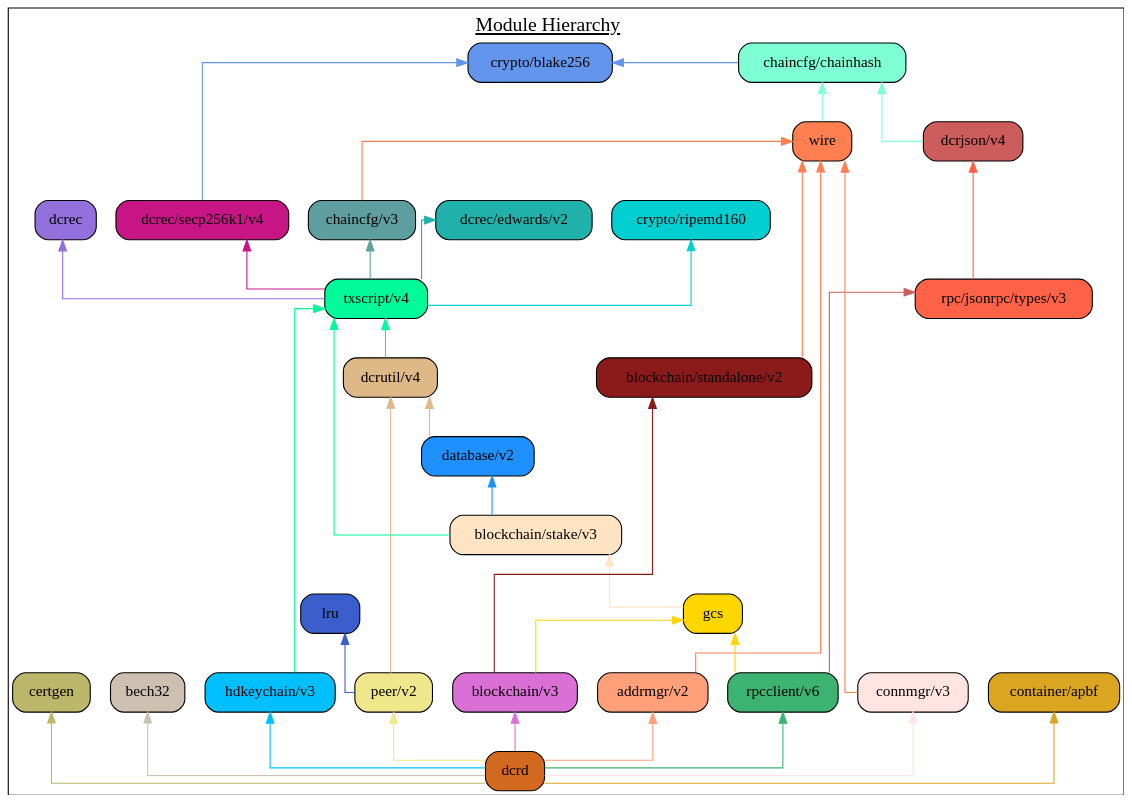
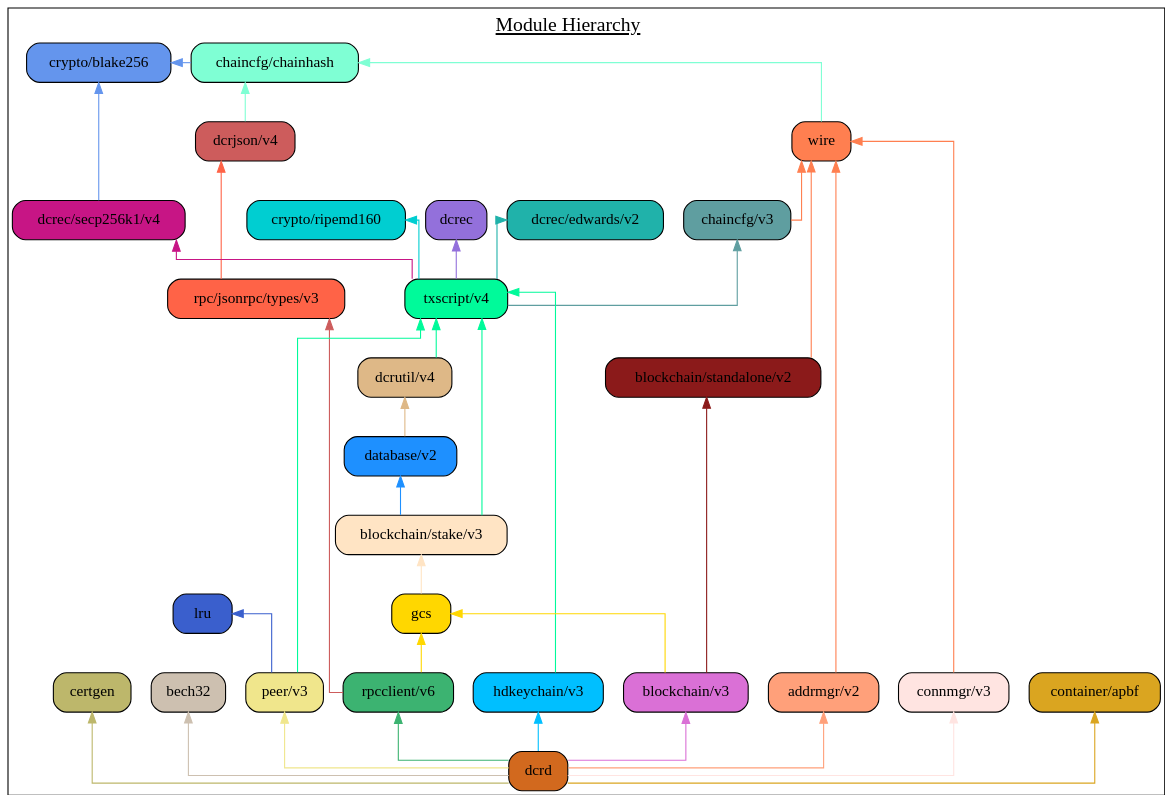
The diagram in docs/assets/module_hierarchy.gv (decred/dcrd), drawn with Graphviz before and after one commit. The commit also changed 2 other files, not shown here.

Commit message:
docs: Update for peer v3 module.
This updates the docs/README.md file, module hierarchy graphviz, and
module hierarchy diagram to reflect the new module version.

```diff
--- a/docs/assets/module_hierarchy.gv
+++ b/docs/assets/module_hierarchy.gv
@@ -1,76 +1,76 @@
 digraph {
 	graph [splines=ortho colorscheme=svg label=<<u>Module Hierarchy</u>> labelloc=t fontsize=18.0]
 	node [shape=box style="filled, rounded"]
 
 	blake256 [label="crypto/blake256" fillcolor=cornflowerblue]
 	ripemd160 [label="crypto/ripemd160" fillcolor=darkturquoise]
 	certgen [label="certgen" fillcolor=darkkhaki]
 	bech32 [label="bech32" fillcolor=antiquewhite3]
 	chainhash [label="chaincfg/chainhash" fillcolor=aquamarine]
 	dcrjson [label="dcrjson/v4" fillcolor=indianred]
 	types [label="rpc/jsonrpc/types/v3" fillcolor=tomato]
 	wire [label="wire" fillcolor=coral]
 	addrmgr [label="addrmgr/v2" fillcolor=lightsalmon]
 	chaincfg [label="chaincfg/v3" fillcolor=cadetblue]
 	connmgr [label="connmgr/v3" fillcolor=mistyrose]
 	dcrec [label="dcrec" fillcolor=mediumpurple]
 	edwards [label="dcrec/edwards/v2" fillcolor=lightseagreen]
 	secp256k1 [label="dcrec/secp256k1/v4" fillcolor=mediumvioletred]
 	dcrutil [label="dcrutil/v4" fillcolor=burlywood]
 	database [label="database/v2" fillcolor=dodgerblue]
 	hdkeychain [label="hdkeychain/v3" fillcolor=deepskyblue]
 	txscript [label="txscript/v4" fillcolor=mediumspringgreen]
 	stake [label="blockchain/stake/v3" fillcolor=bisque]
 	standalone [label="blockchain/standalone/v2" fillcolor=firebrick4]
 	gcs [label="gcs" fillcolor=gold]
 	blockchain [label="blockchain/v3" fillcolor=orchid]
 	lru [label="lru" fillcolor=royalblue3]
-	peer [label="peer/v2" fillcolor=khaki]
+	peer [label="peer/v3" fillcolor=khaki]
 	rpcclient [label="rpcclient/v6" fillcolor=mediumseagreen]
 	apbf [label="container/apbf" fillcolor=goldenrod]
 	dcrd [label="dcrd" fillcolor=chocolate]
 
 	{rank=same blake256 chainhash}
 	{rank=same dcrec secp256k1}
 	{rank=same connmgr addrmgr hdkeychain peer blockchain rpcclient}
 
 	certgen
 	bech32
 	blake256 -> chainhash [dir=back color=cornflowerblue]
 	blake256 -> secp256k1 [dir=back color=cornflowerblue]
 	chaincfg -> txscript [dir=back color=cadetblue]
 	chainhash -> dcrjson [dir=back color=aquamarine]
 	chainhash -> wire [dir=back color=aquamarine]
 	wire -> addrmgr [dir=back color=coral]
 	wire -> chaincfg [dir=back color=coral]
 	wire -> connmgr [dir=back color=coral]
 	wire -> standalone [dir=back color=coral]
 	ripemd160 -> txscript [dir=back color=darkturquoise]
 	dcrec -> txscript [dir=back color=mediumpurple]
 	edwards -> txscript [dir=back color=lightseagreen]
 	secp256k1 -> txscript [dir=back color=mediumvioletred]
 	txscript -> dcrutil [dir=back color=mediumspringgreen]
 	txscript -> hdkeychain [dir=back color=mediumspringgreen]
 	txscript -> stake [dir=back color=mediumspringgreen]
-	dcrutil -> peer [dir=back color=burlywood]
+	txscript -> peer [dir=back color=mediumspringgreen]
 	dcrutil -> database [dir=back color=burlywood]
 	database -> stake [dir=back color=dodgerblue]
 	stake -> gcs [dir=back color=bisque]
 	standalone -> blockchain [dir=back color=firebrick4]
 	gcs -> blockchain [dir=back color=gold]
 	gcs -> rpcclient [dir=back color=gold]
 
 	lru -> peer [dir=back color=royalblue3]
 	dcrjson -> types [dir=back color=tomato]
 	types -> rpcclient [dir=back color=indianred]
 
 	blockchain -> dcrd [dir=back color=orchid]
 	certgen -> dcrd [dir=back color=darkkhaki]
 	bech32 -> dcrd [dir=back color=antiquewhite3]
 	addrmgr -> dcrd [dir=back color=lightsalmon]
 	hdkeychain -> dcrd [dir=back color=deepskyblue]
 	connmgr -> dcrd [dir=back color=mistyrose]
 	rpcclient -> dcrd [dir=back color=mediumseagreen]
 	peer -> dcrd [dir=back color=khaki]
 	apbf -> dcrd [dir=back color=goldenrod]
 }
```
